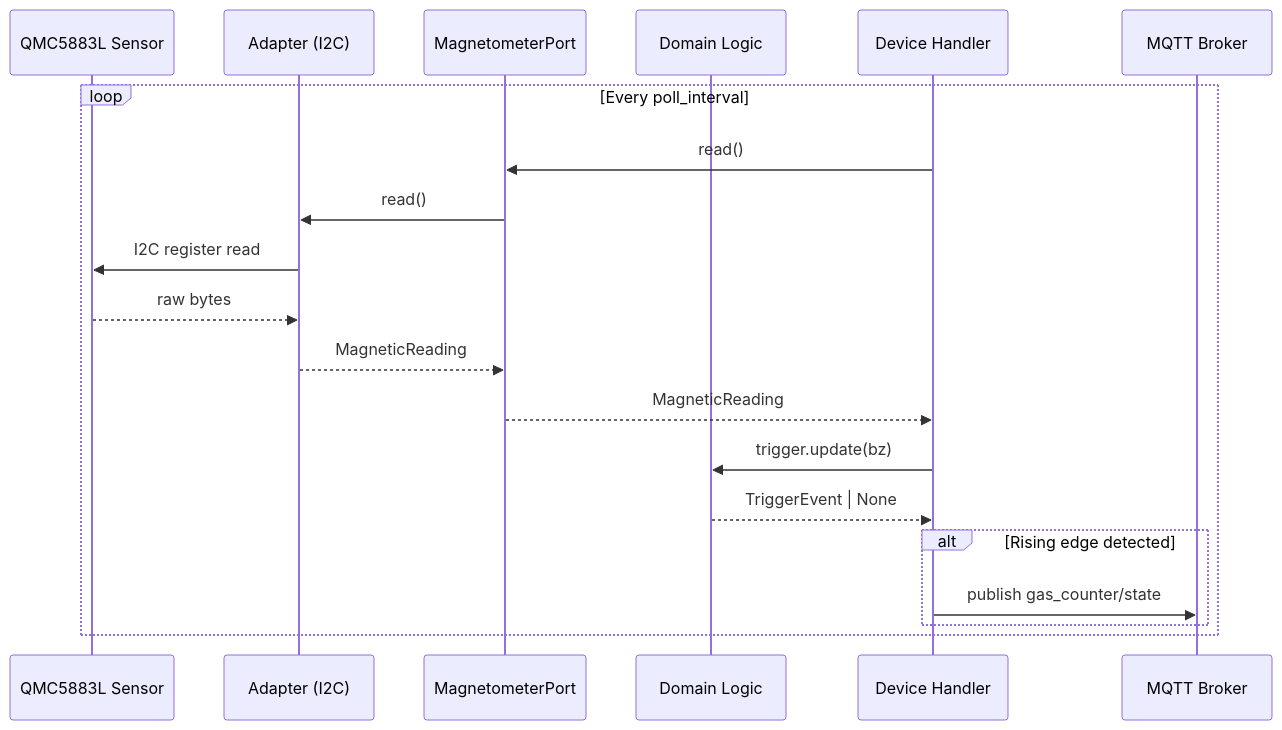
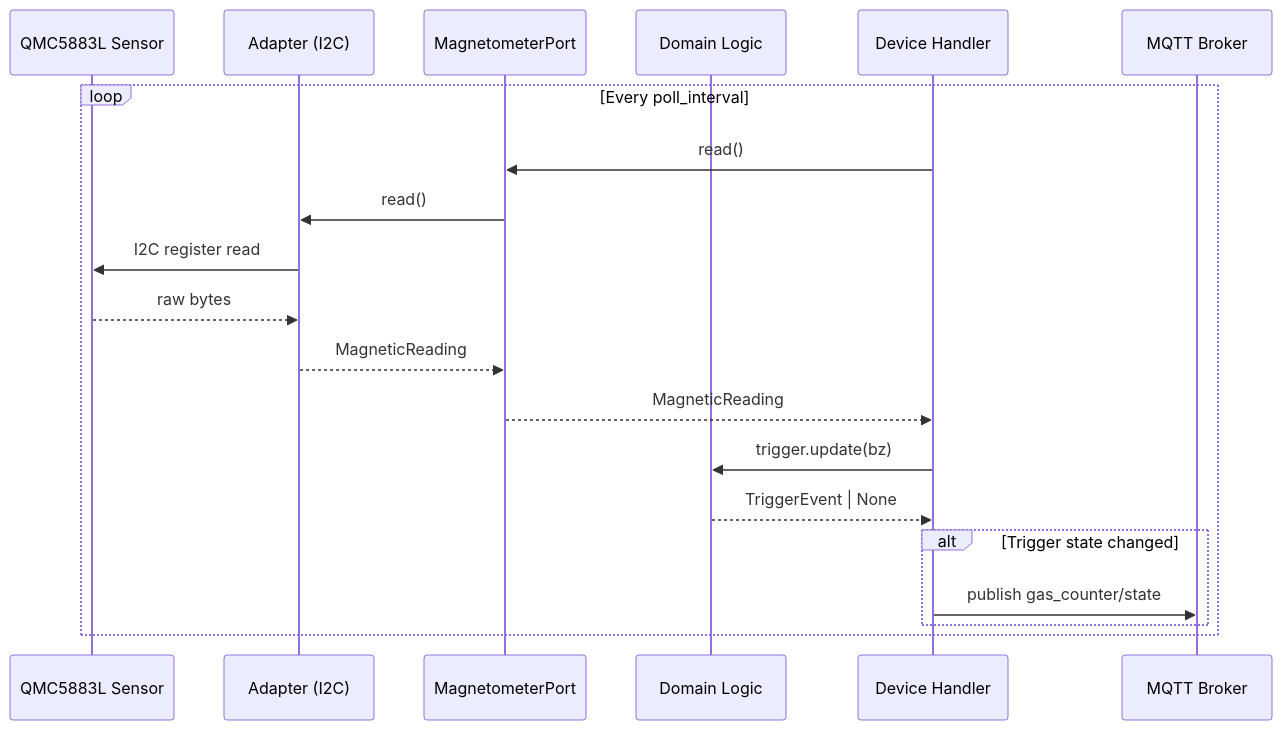
Before and after one commit to ff-fab/gas2mqtt: the second of 2 diagrams in docs/architecture.md, drawn with Mermaid. The commit also changed 4 other files, not shown here.

````diff
--- a/docs/architecture.md
+++ b/docs/architecture.md
@@ -122,23 +122,23 @@
 ```mermaid
 sequenceDiagram
     participant S as QMC5883L Sensor
     participant A as Adapter (I2C)
     participant P as MagnetometerPort
     participant D as Domain Logic
     participant Dev as Device Handler
     participant M as MQTT Broker
 
     loop Every poll_interval
         Dev->>P: read()
         P->>A: read()
         A->>S: I2C register read
         S-->>A: raw bytes
         A-->>P: MagneticReading
         P-->>Dev: MagneticReading
         Dev->>D: trigger.update(bz)
         D-->>Dev: TriggerEvent | None
-        alt Rising edge detected
+        alt Trigger state changed
             Dev->>M: publish gas_counter/state
         end
     end
 ```
````
